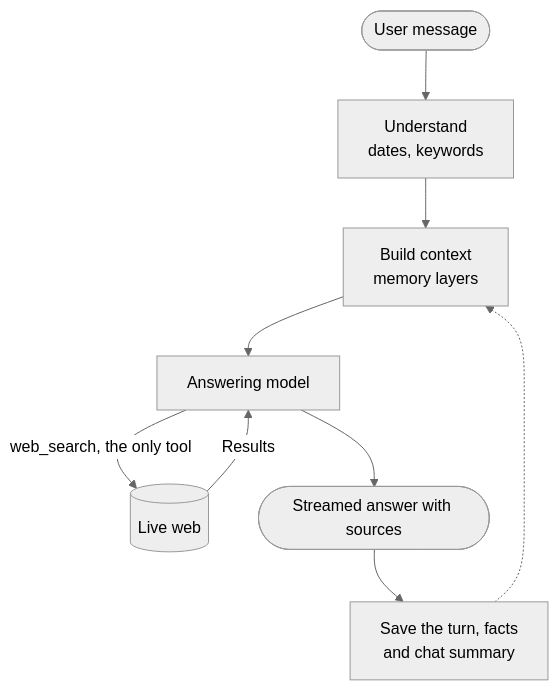
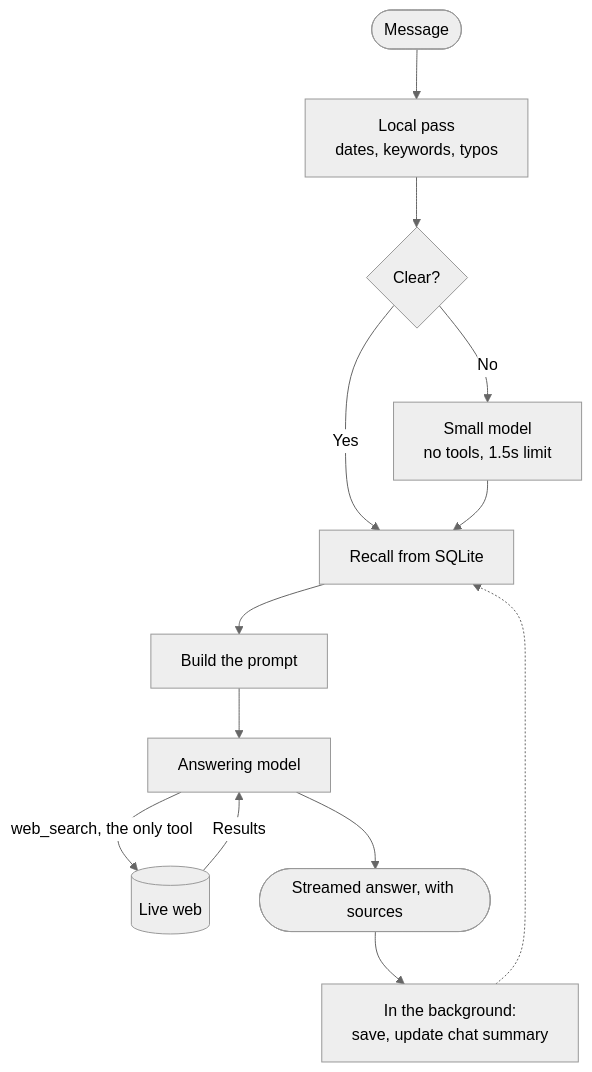
The diagram in DESIGN.md (ShashwatXD/Mino), drawn with Mermaid (neutral theme) before and after one commit. The commit also changed other lines of this file and 15 other files, not shown here.

Commit message:
fixed recall findings and gemini prompt, new system prompt, centered new chat

````diff
--- a/DESIGN.md
+++ b/DESIGN.md
@@ -7,11 +9,15 @@
 ```mermaid
 flowchart TD
-    A([User message]) --> B["Understand<br/>dates, keywords"]
-    B --> C["Build context<br/>memory layers"]
-    C --> D["Answering model"]
-    D -- "web_search, the only tool" --> W[(Live web)]
-    W -- Results --> D
-    D --> E([Streamed answer with sources])
-    E --> F["Save the turn, facts<br/>and chat summary"]
-    F -.-> C
+    A([Message]) --> L["Local pass<br/>dates, keywords, typos"]
+    L --> U{Clear?}
+    U -- No --> S["Small model<br/>no tools, 1.5s limit"]
+    U -- Yes --> R
+    S --> R["Recall from SQLite"]
+    R --> B["Build the prompt"]
+    B --> M["Answering model"]
+    M -- "web_search, the only tool" --> W[(Live web)]
+    W -- Results --> M
+    M --> E([Streamed answer, with sources])
+    E --> Z["In the background:<br/>save, update chat summary"]
+    Z -.-> R
 ```
````
